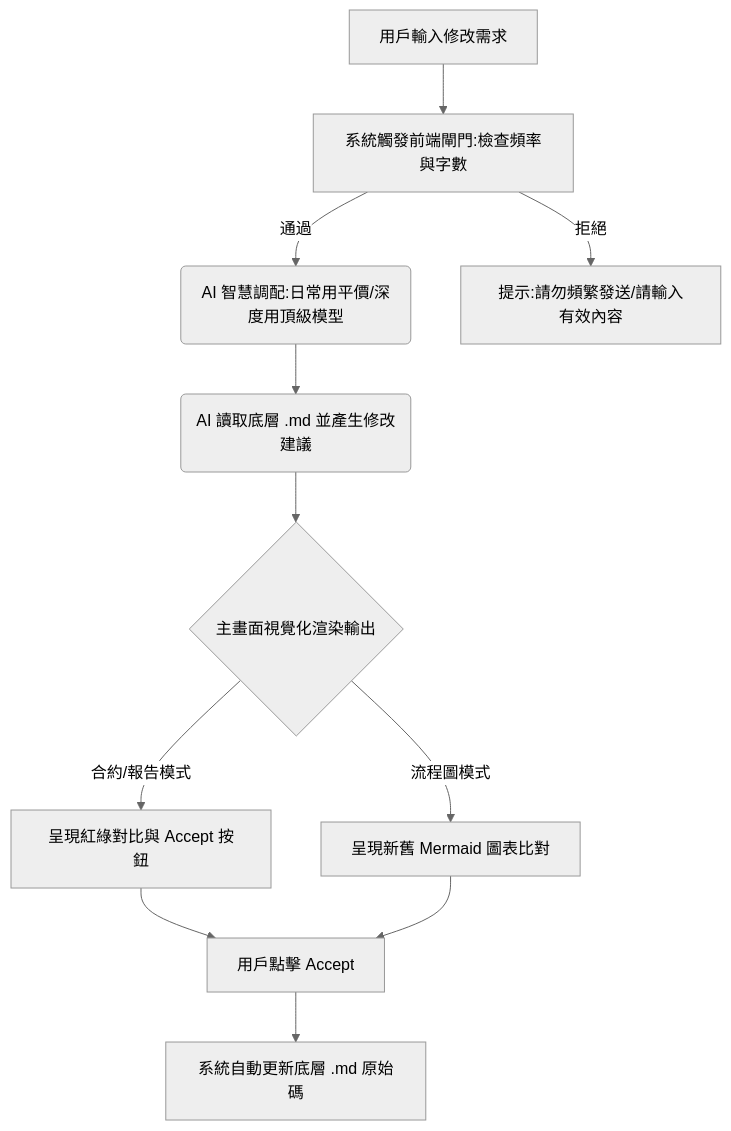
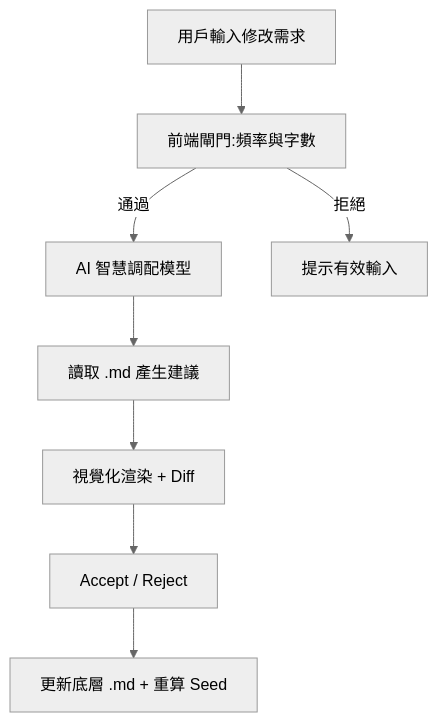
The first of 2 diagrams in smartdoc-ai/docs/PRD.md (hyi1105/AI_MD), drawn with Mermaid (neutral theme) before and after one commit. The commit also changed other lines of this file and 13 other files, not shown here.

````diff
--- a/smartdoc-ai/docs/PRD.md
+++ b/smartdoc-ai/docs/PRD.md
@@ -59,13 +95,10 @@
 ```mermaid
 graph TD
-    A[用戶輸入修改需求] --> B[系統觸發前端閘門:檢查頻率與字數]
-    B -->|通過| C(AI 智慧調配:日常用平價/深度用頂級模型)
-    B -->|拒絕| Z[提示:請勿頻繁發送/請輸入有效內容]
-    C --> D(AI 讀取底層 .md 並產生修改建議)
-    D --> E{主畫面視覺化渲染輸出}
-    E -->|合約/報告模式| F[呈現紅綠對比與 Accept 按鈕]
-    E -->|流程圖模式| G[呈現新舊 Mermaid 圖表比對]
-    F --> H[用戶點擊 Accept]
-    G --> H
-    H --> I[系統自動更新底層 .md 原始碼]
+    A[用戶輸入修改需求] --> B[前端閘門:頻率與字數]
+    B -->|通過| C[AI 智慧調配模型]
+    B -->|拒絕| Z[提示有效輸入]
+    C --> D[讀取 .md 產生建議]
+    D --> E[視覺化渲染 + Diff]
+    E --> F[Accept / Reject]
+    F --> G[更新底層 .md + 重算 Seed]
 ```
````
